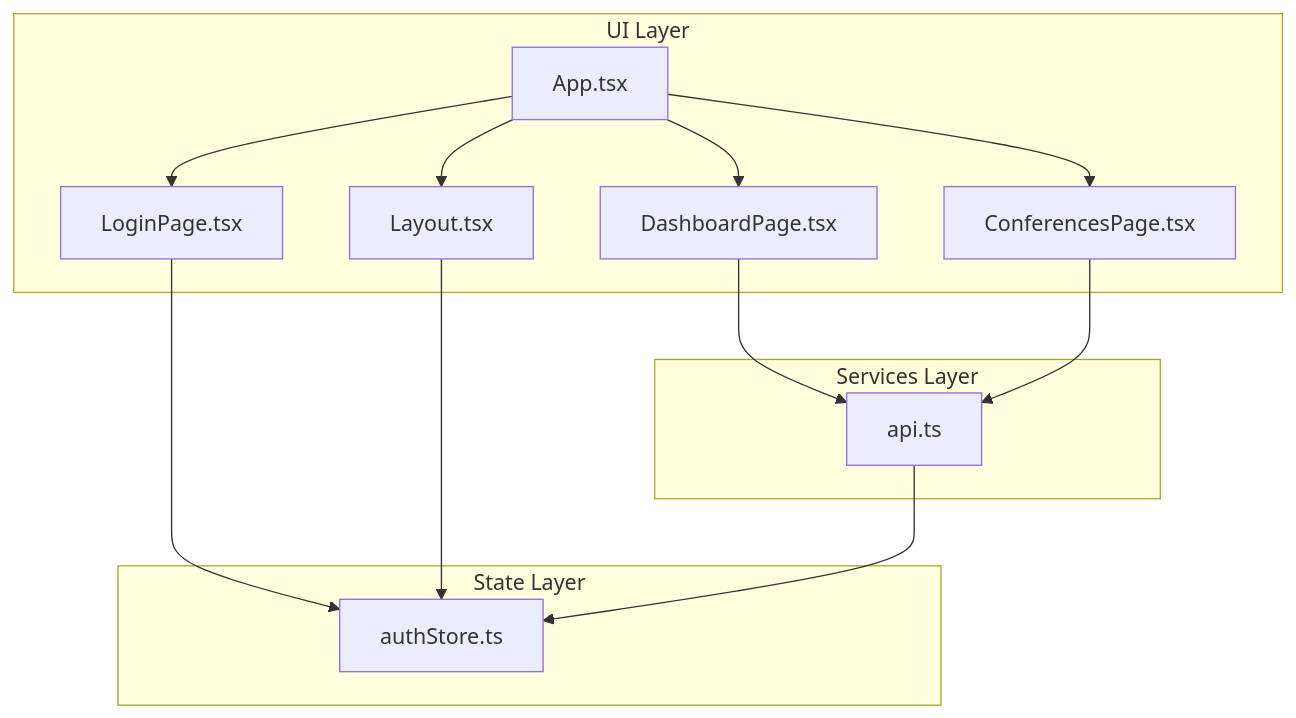
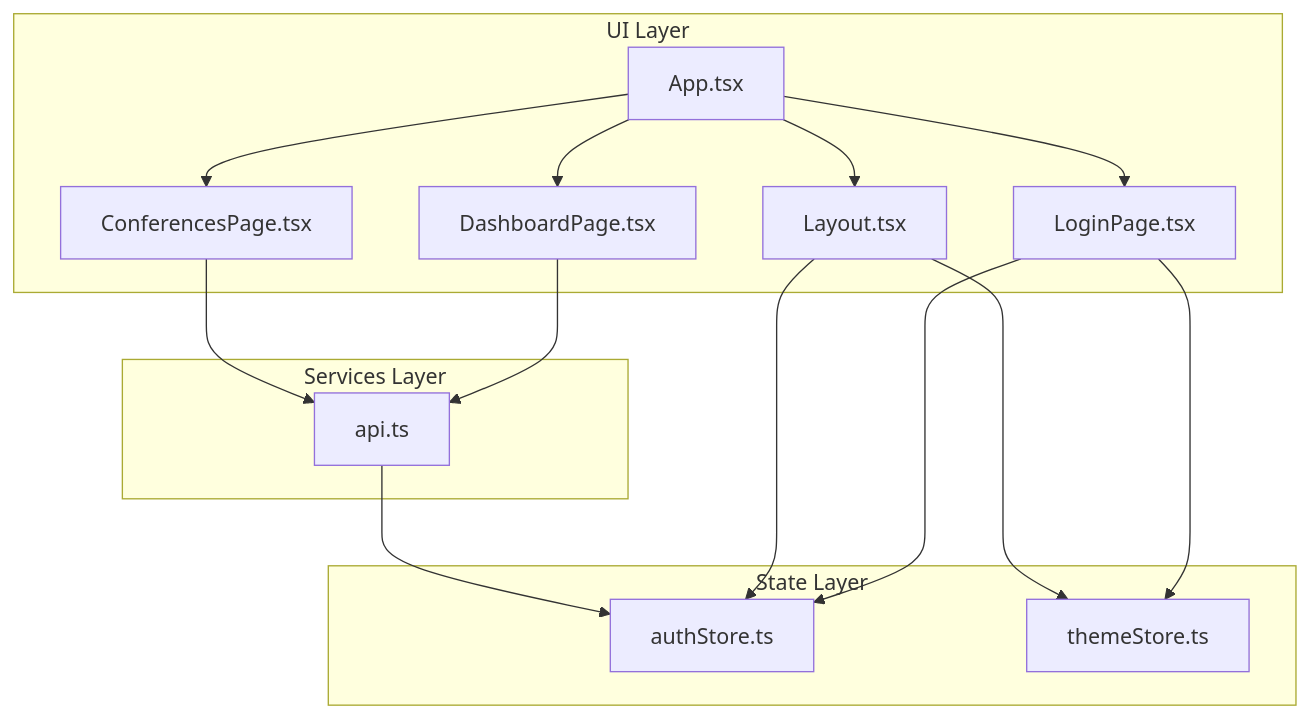
One commit to Vostrikov2014/vks-qoder changed the first of 7 diagrams in .qoder/repowiki/en/content/Frontend Application/State Management.md. Above: the diagram before and after it, drawn with Mermaid. The commit also changed other lines of this file and 5 other files, not shown here.

````diff
--- a/.qoder/repowiki/en/content/Frontend Application/State Management.md
+++ b/.qoder/repowiki/en/content/Frontend Application/State Management.md
@@ -36,25 +45,28 @@
 ```mermaid
 graph TB
 subgraph "UI Layer"
 APP["App.tsx"]
 LOGIN["LoginPage.tsx"]
 LAYOUT["Layout.tsx"]
 DASHBOARD["DashboardPage.tsx"]
 CONF["ConferencesPage.tsx"]
 end
 subgraph "State Layer"
-STORE["authStore.ts"]
+AUTH_STORE["authStore.ts"]
+THEME_STORE["themeStore.ts"]
 end
 subgraph "Services Layer"
 API["api.ts"]
 end
 APP --> LAYOUT
 APP --> LOGIN
 APP --> DASHBOARD
 APP --> CONF
-LOGIN --> STORE
-LAYOUT --> STORE
+LOGIN --> AUTH_STORE
+LOGIN --> THEME_STORE
+LAYOUT --> AUTH_STORE
+LAYOUT --> THEME_STORE
 DASHBOARD --> API
 CONF --> API
-API --> STORE
+API --> AUTH_STORE
 ```
````
